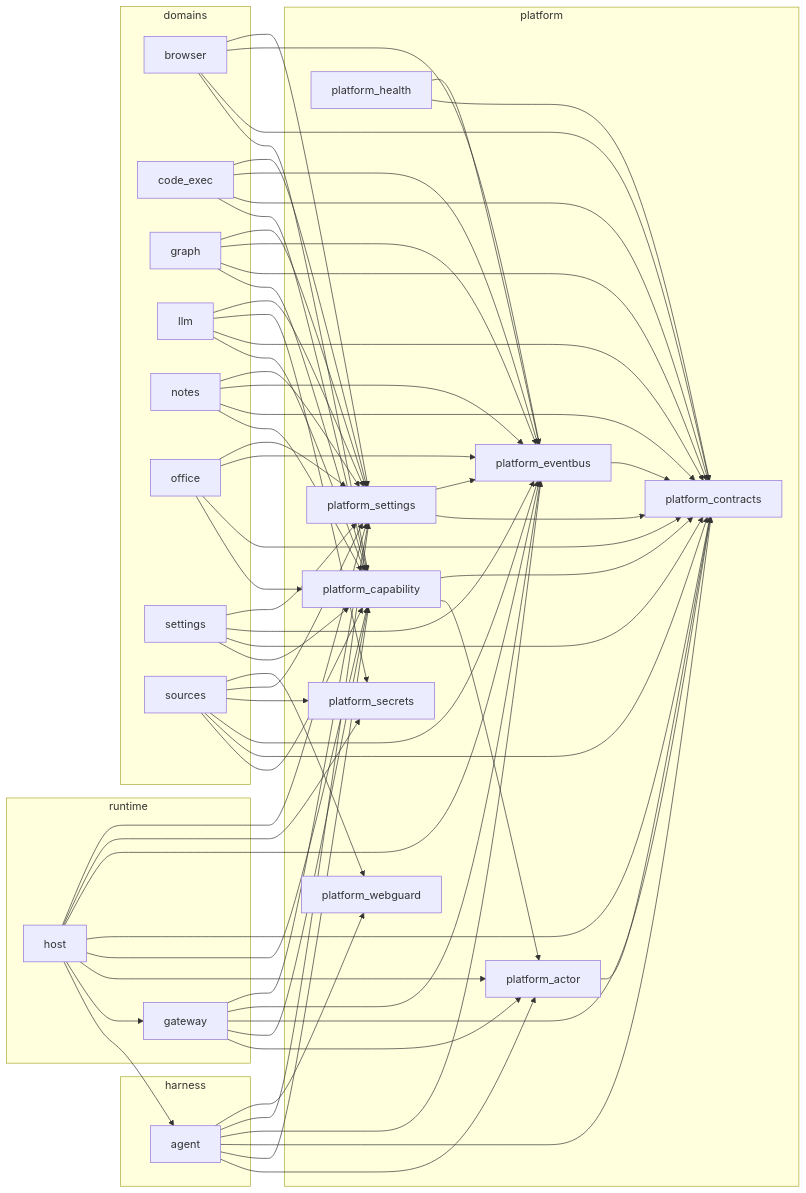
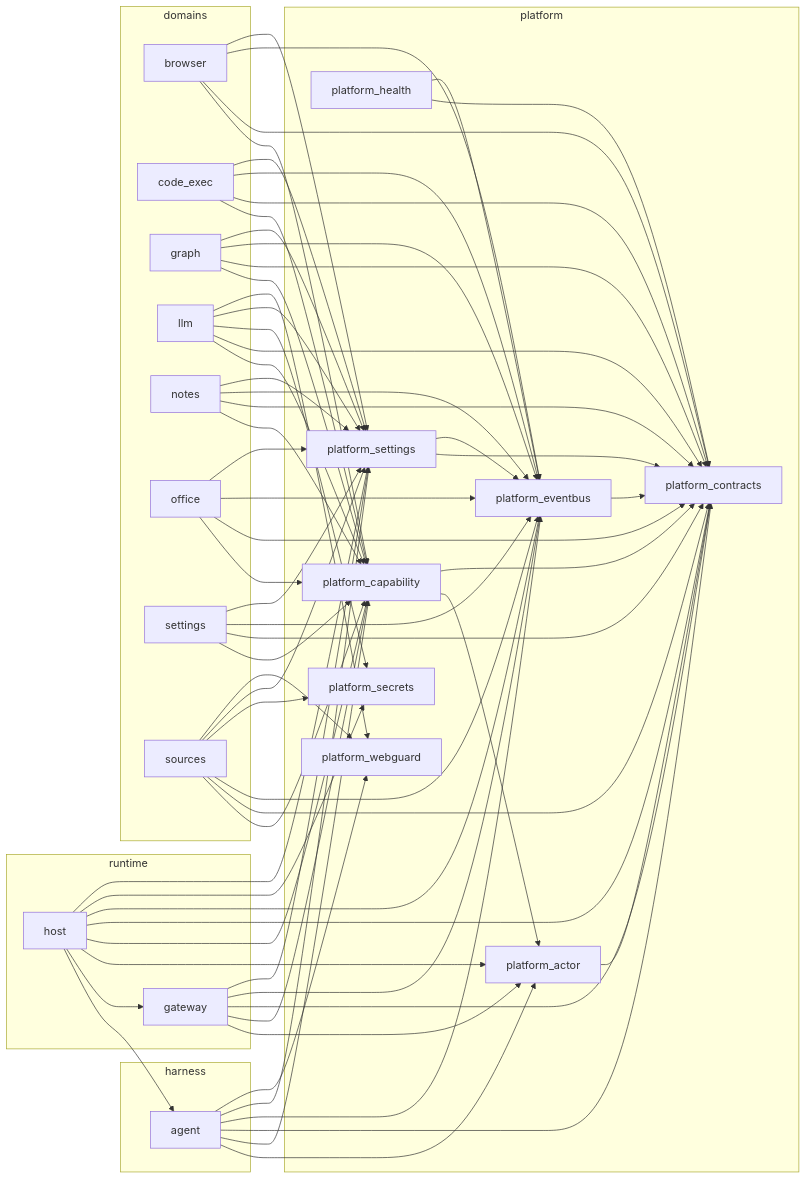
One commit to daftpunkwav/voyager changed the diagram in docs/catalog/module-graph.md. Above: the diagram before and after it, drawn with Mermaid. The commit also changed 2 other files, not shown here.

Commit message:
fix(agent): mirror tool-call slot allocator to llm_http

```diff
--- a/docs/catalog/module-graph.md
+++ b/docs/catalog/module-graph.md
@@ -70,6 +70,7 @@
     p_llm --> p_platform_contracts
     p_llm --> p_platform_secrets
     p_llm --> p_platform_settings
+    p_llm --> p_platform_webguard
     p_notes --> p_platform_capability
     p_notes --> p_platform_contracts
     p_notes --> p_platform_eventbus
```
